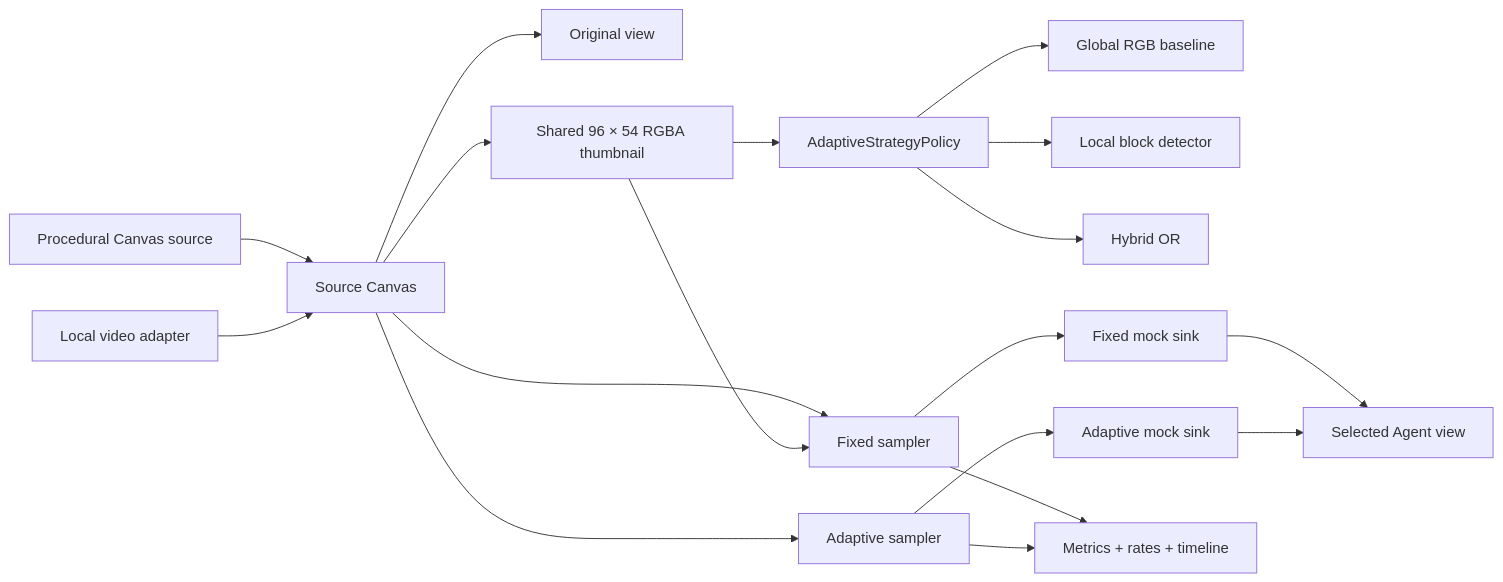
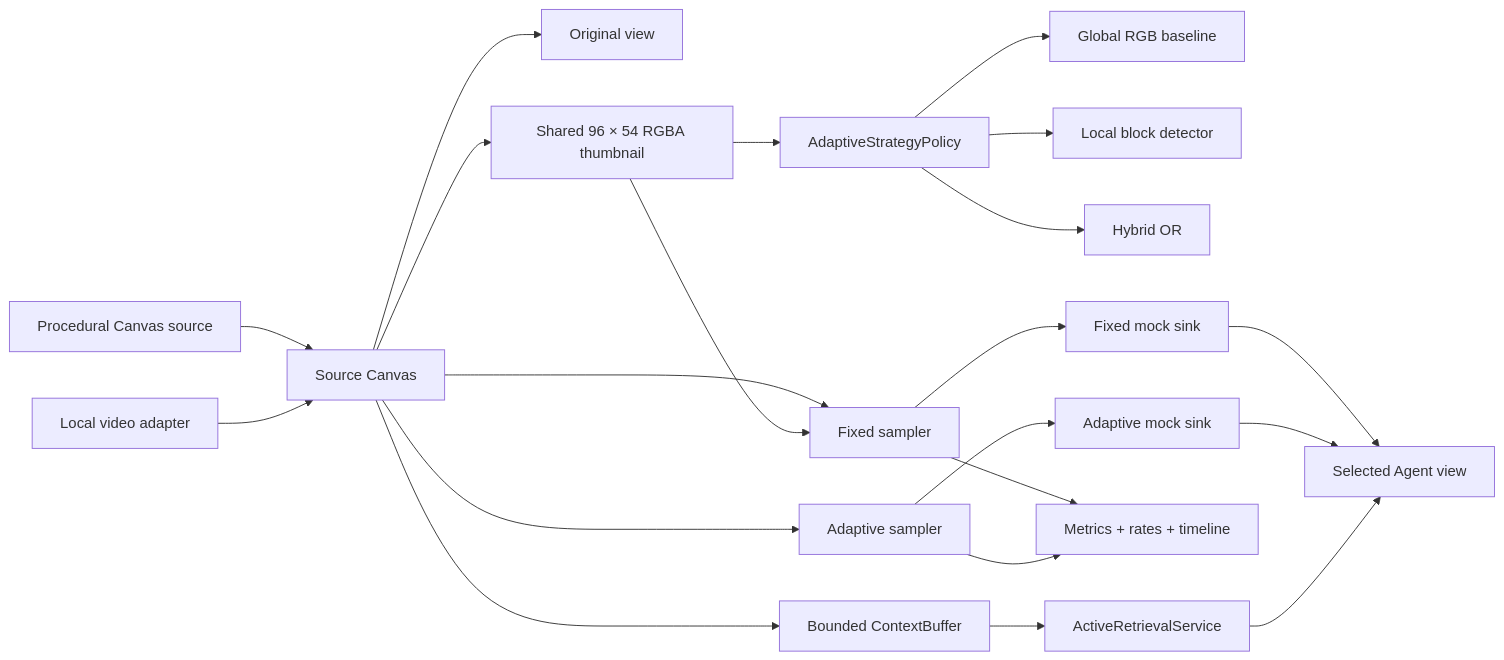
The diagram in ARCHITECTURE.md (WaterMelonKnight/SemanticStream), drawn with Mermaid before and after one commit. The commit also changed other lines of this file and 27 other files, not shown here.

Commit message:
Add bounded context buffer and active retrieval

````diff
--- a/ARCHITECTURE.md
+++ b/ARCHITECTURE.md
@@ -7,20 +7,23 @@
 ```mermaid
 flowchart LR
   Demo[Procedural Canvas source] --> SourceCanvas[Source Canvas]
   Video[Local video adapter] --> SourceCanvas
   SourceCanvas --> Fixed[Fixed sampler]
   SourceCanvas --> Adaptive[Adaptive sampler]
   SourceCanvas --> Original[Original view]
   SourceCanvas --> Thumb[Shared 96 × 54 RGBA thumbnail]
   Thumb --> Fixed
   Thumb --> Strategy[AdaptiveStrategyPolicy]
   Strategy --> Global[Global RGB baseline]
   Strategy --> Local[Local block detector]
   Strategy --> Hybrid[Hybrid OR]
   Fixed --> FixedSink[Fixed mock sink]
   Adaptive --> AdaptiveSink[Adaptive mock sink]
   Fixed --> Metrics[Metrics + rates + timeline]
   Adaptive --> Metrics
   FixedSink --> Agent[Selected Agent view]
   AdaptiveSink --> Agent
+  SourceCanvas --> Buffer[Bounded ContextBuffer]
+  Buffer --> Retrieval[ActiveRetrievalService]
+  Retrieval --> Agent
 ```
````
